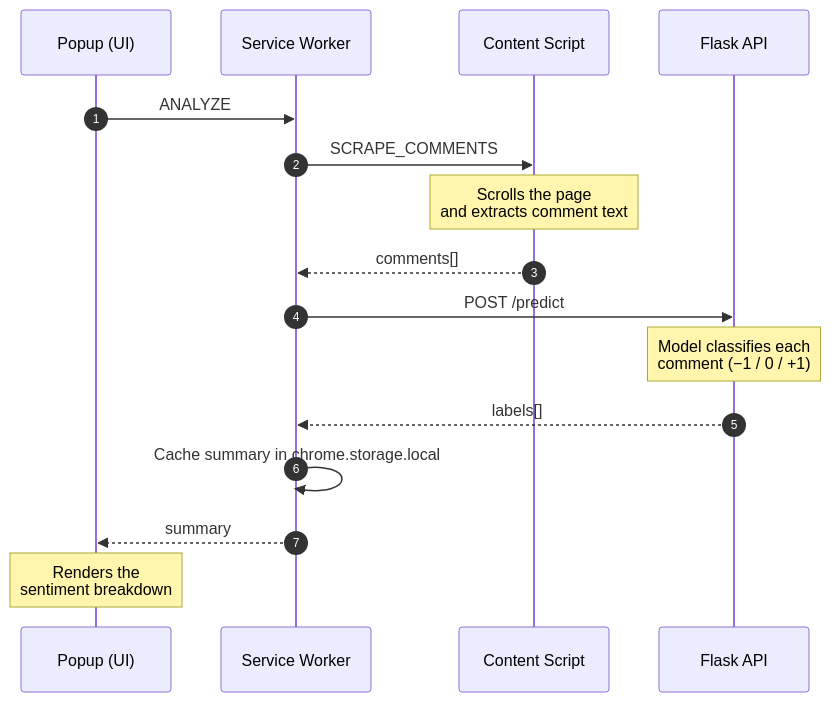
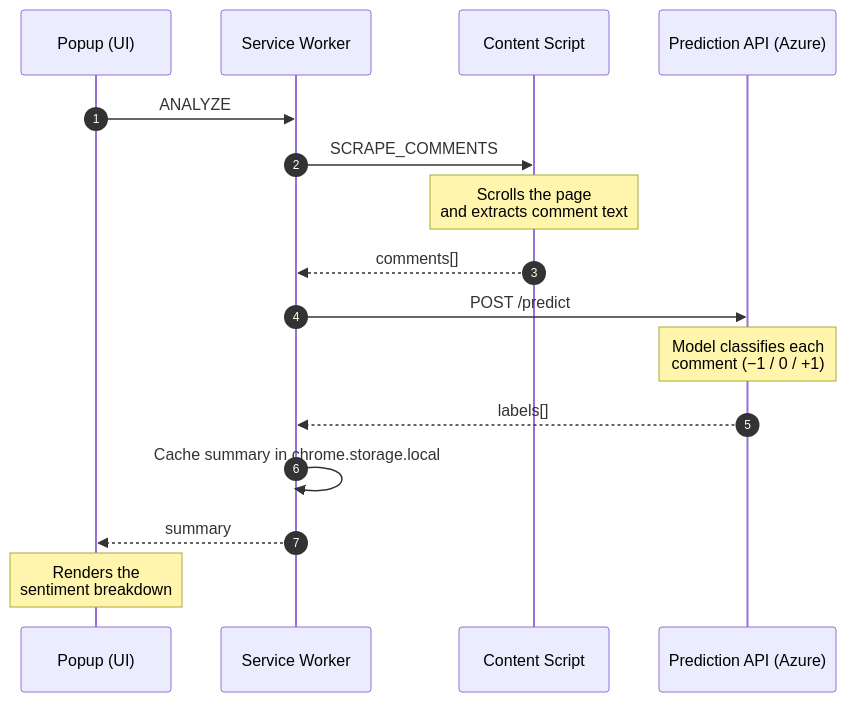
One commit to Roy7721/Chrome_plugin changed the diagram in README.md. Above: the diagram before and after it, drawn with Mermaid. The commit also changed other lines of this file and 2 other files, not shown here.

Commit message:
Point extension at hosted API; handle cold start; refresh README; drop stale app.py

````diff
--- a/README.md
+++ b/README.md
@@ -34,19 +38,19 @@
 ```mermaid
 sequenceDiagram
     autonumber
     participant P as Popup (UI)
     participant B as Service Worker
     participant C as Content Script
-    participant F as Flask API
+    participant F as Prediction API (Azure)
 
     P->>B: ANALYZE
     B->>C: SCRAPE_COMMENTS
     Note over C: Scrolls the page<br/>and extracts comment text
     C-->>B: comments[]
     B->>F: POST /predict
     Note over F: Model classifies each<br/>comment (−1 / 0 / +1)
     F-->>B: labels[]
     B->>B: Cache summary in chrome.storage.local
     B-->>P: summary
     Note over P: Renders the<br/>sentiment breakdown
 ```
````
